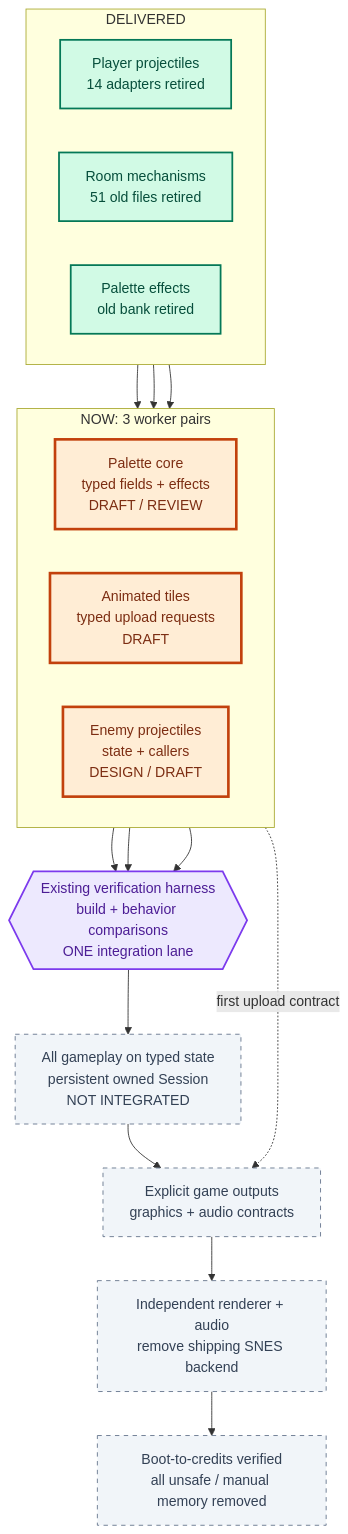
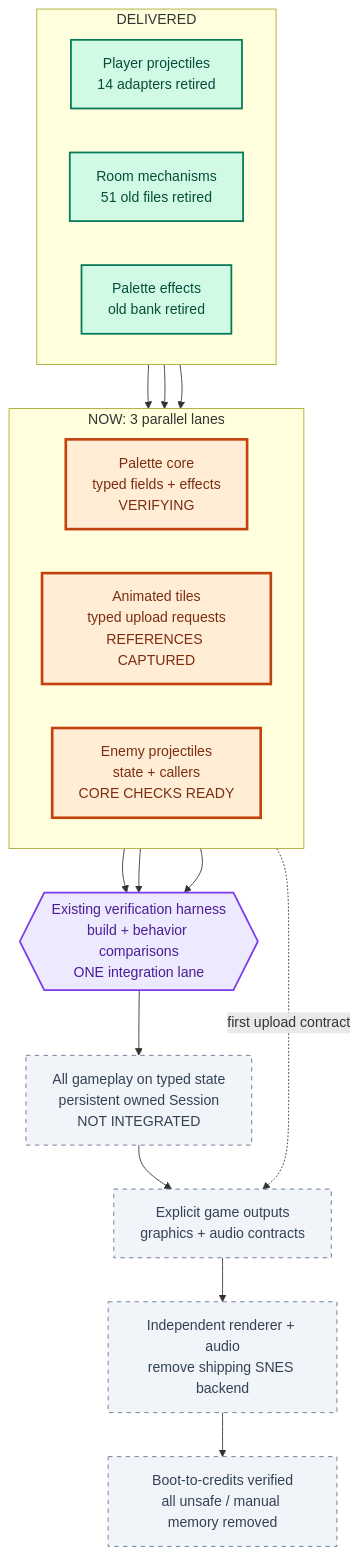
Before and after one commit to JimLundin/sm-decomp: the diagram in PROGRESS.md, drawn with Mermaid. The commit also changed other lines of this file and 8 other files, not shown here.

First line of the commit message:
Freeze animated-tile and enemy-projectile references; 792 captures pass

````diff
--- a/PROGRESS.md
+++ b/PROGRESS.md
@@ -8,34 +8,34 @@
 ```mermaid
 flowchart TB
     subgraph delivered["DELIVERED"]
         direction LR
         P["Player projectiles<br/>14 adapters retired"]:::done
         M["Room mechanisms<br/>51 old files retired"]:::done
         C["Palette effects<br/>old bank retired"]:::done
     end
 
-    subgraph parallel["NOW: 3 worker pairs"]
+    subgraph parallel["NOW: 3 parallel lanes"]
         direction LR
-        PC["Palette core<br/>typed fields + effects<br/>DRAFT / REVIEW"]:::active
-        AT["Animated tiles<br/>typed upload requests<br/>DRAFT"]:::active
-        EP["Enemy projectiles<br/>state + callers<br/>DESIGN / DRAFT"]:::active
+        PC["Palette core<br/>typed fields + effects<br/>VERIFYING"]:::active
+        AT["Animated tiles<br/>typed upload requests<br/>REFERENCES CAPTURED"]:::active
+        EP["Enemy projectiles<br/>state + callers<br/>CORE CHECKS READY"]:::active
     end
 
     C --> PC
     P --> EP
     M --> EP
     PC --> CHECK
     AT --> CHECK
     EP --> CHECK
     CHECK{{"Existing verification harness<br/>build + behavior comparisons<br/>ONE integration lane"}}:::gate
     CHECK --> SESSION["All gameplay on typed state<br/>persistent owned Session<br/>NOT INTEGRATED"]:::pending
     SESSION --> OUTPUT["Explicit game outputs<br/>graphics + audio contracts"]:::pending
     AT -. "first upload contract" .-> OUTPUT
     OUTPUT --> BACKEND["Independent renderer + audio<br/>remove shipping SNES backend"]:::pending
     BACKEND --> FINISH["Boot-to-credits verified<br/>all unsafe / manual memory removed"]:::pending
 
     classDef done fill:#d1fae5,stroke:#047857,color:#064e3b,stroke-width:2px
     classDef active fill:#ffedd5,stroke:#c2410c,color:#7c2d12,stroke-width:3px
     classDef pending fill:#f1f5f9,stroke:#64748b,color:#334155,stroke-dasharray:5 5
     classDef gate fill:#ede9fe,stroke:#7c3aed,color:#4c1d95,stroke-width:2px
 ```
````
